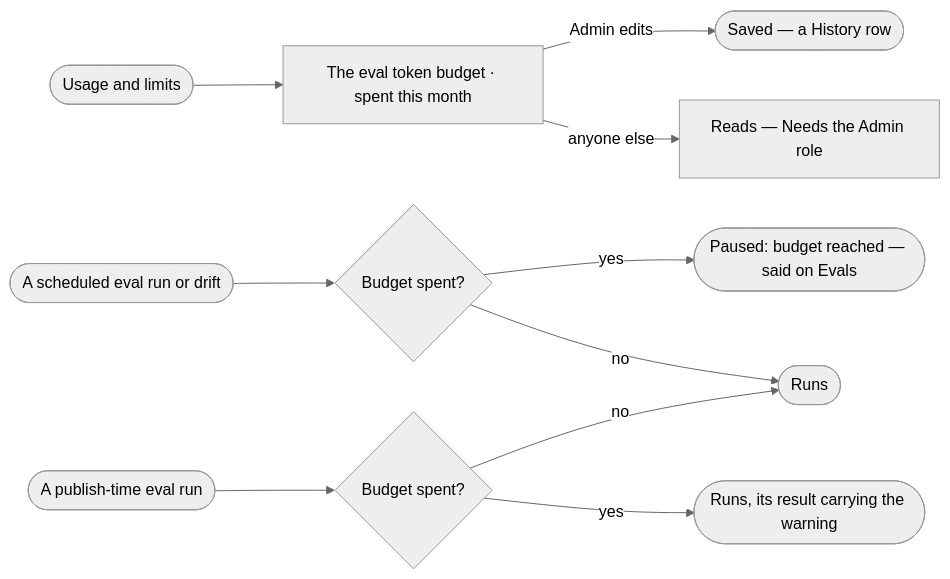
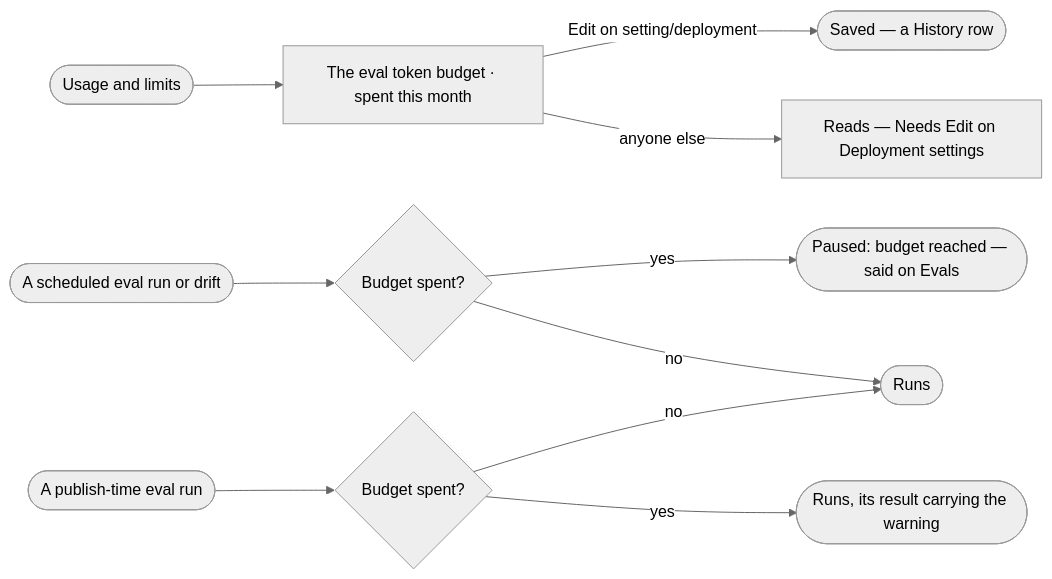
One commit to invana/invana changed the diagram in specs/capabilities/agents/features/AG-F10-test-an-agent-and-a-skill/stories/AG-59-keep-tests-and-evals-within-their-token-budget/story.md. Above: the diagram before and after it, drawn with Mermaid (neutral theme). The commit also changed other lines of this file and 456 other files, not shown here.

````diff
--- a/specs/capabilities/agents/features/AG-F10-test-an-agent-and-a-skill/stories/AG-59-keep-tests-and-evals-within-their-token-budget/story.md
+++ b/specs/capabilities/agents/features/AG-F10-test-an-agent-and-a-skill/stories/AG-59-keep-tests-and-evals-within-their-token-budget/story.md
@@ -28,12 +27,12 @@
 ```mermaid
 flowchart LR
   u([Usage and limits]) --> b["The eval token budget · spent this month"]
-  b -->|Admin edits| s(["Saved — a History row"])
-  b -->|anyone else| x["Reads — Needs the Admin role"]
+  b -->|Edit on setting/deployment| s(["Saved — a History row"])
+  b -->|anyone else| x["Reads — Needs Edit on Deployment settings"]
   r([A scheduled eval run or drift]) --> c{"Budget spent?"}
   c -->|yes| p(["Paused: budget reached — said on Evals"])
   c -->|no| go(["Runs"])
   pub([A publish-time eval run]) --> c2{"Budget spent?"}
   c2 -->|yes| w(["Runs, its result carrying the warning"])
   c2 -->|no| go
 ```
````
